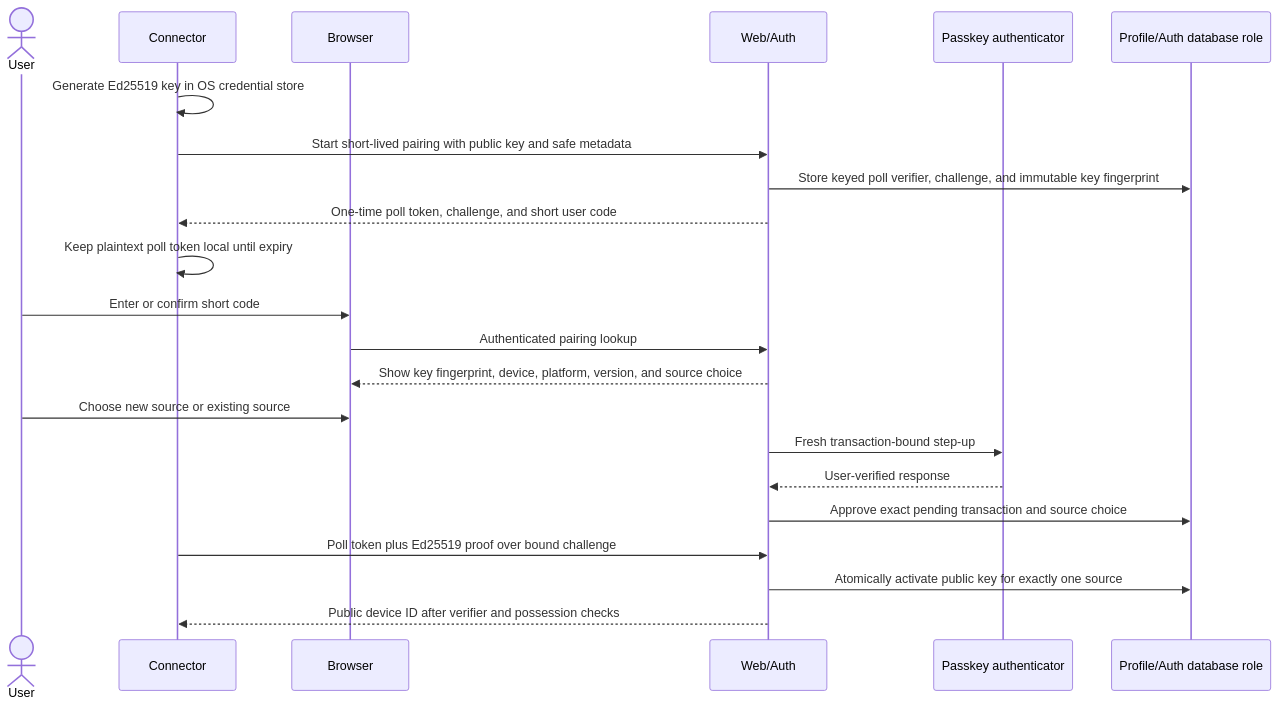
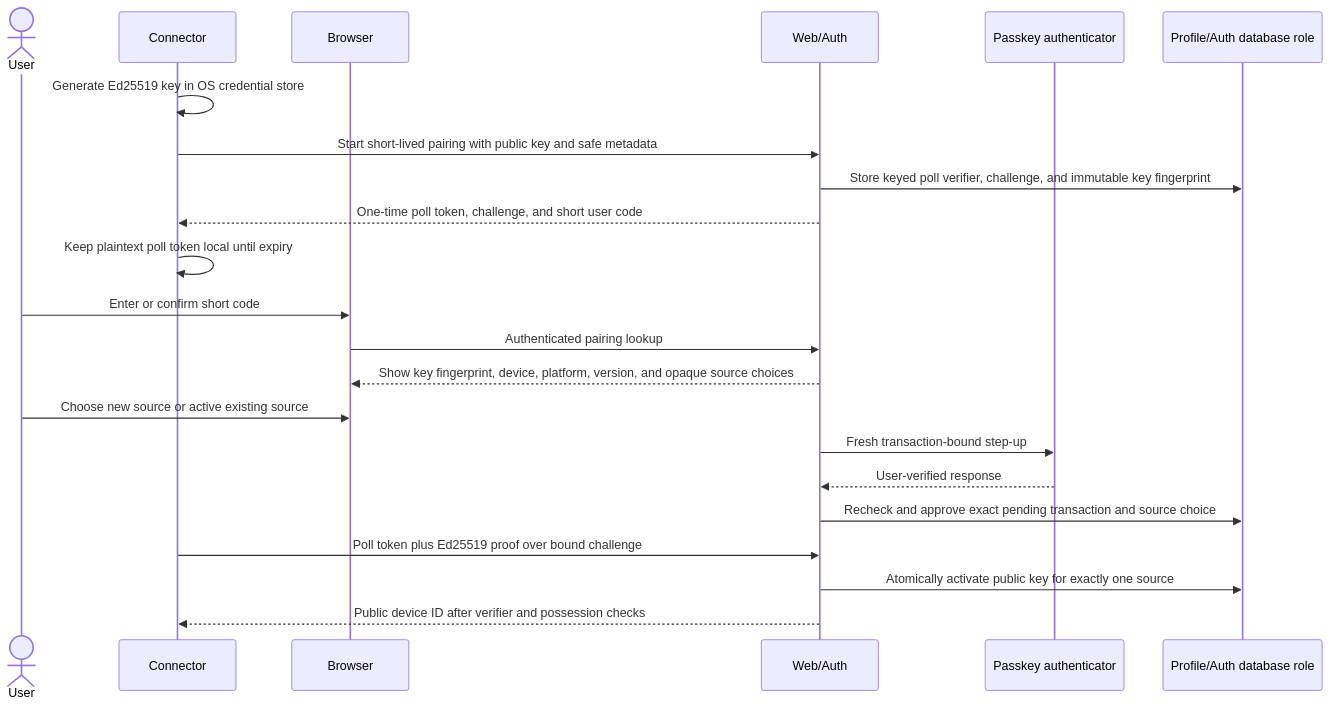
The fourth of 9 diagrams in docs/architecture/DATA_FLOW.md (Tah10n/viberacing), drawn with Mermaid before and after one commit. The commit also changed other lines of this file and 31 other files, not shown here.

Commit message:
feat: add existing-source pairing

````diff
--- a/docs/architecture/DATA_FLOW.md
+++ b/docs/architecture/DATA_FLOW.md
@@ -241,25 +242,25 @@
 ```mermaid
 sequenceDiagram
   actor User
   participant Connector
   participant Browser
   participant Web as Web/Auth
   participant Authenticator as Passkey authenticator
   participant DB as Profile/Auth database role
 
   Connector->>Connector: Generate Ed25519 key in OS credential store
   Connector->>Web: Start short-lived pairing with public key and safe metadata
   Web->>DB: Store keyed poll verifier, challenge, and immutable key fingerprint
   Web-->>Connector: One-time poll token, challenge, and short user code
   Connector->>Connector: Keep plaintext poll token local until expiry
   User->>Browser: Enter or confirm short code
   Browser->>Web: Authenticated pairing lookup
-  Web-->>Browser: Show key fingerprint, device, platform, version, and source choice
-  User->>Browser: Choose new source or existing source
+  Web-->>Browser: Show key fingerprint, device, platform, version, and opaque source choices
+  User->>Browser: Choose new source or active existing source
   Web->>Authenticator: Fresh transaction-bound step-up
   Authenticator-->>Web: User-verified response
-  Web->>DB: Approve exact pending transaction and source choice
+  Web->>DB: Recheck and approve exact pending transaction and source choice
   Connector->>Web: Poll token plus Ed25519 proof over bound challenge
   Web->>DB: Atomically activate public key for exactly one source
   Web-->>Connector: Public device ID after verifier and possession checks
 ```
````
